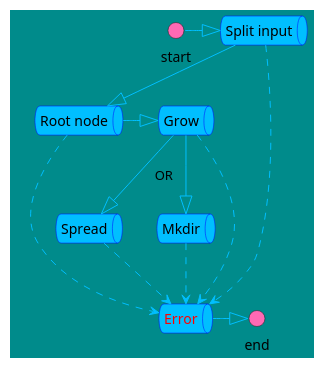
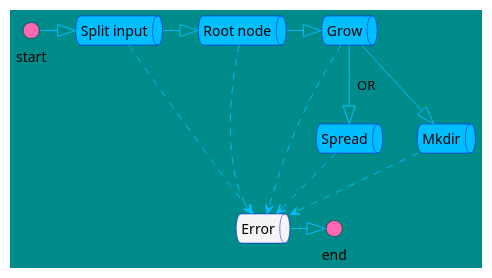
One commit to ddddddO/gtree changed the diagram in process.pu. Above: the diagram before and after it, drawn with PlantUML. The commit also changed 1 other file, not shown here.

```diff
--- a/process.pu
+++ b/process.pu
@@ -1,35 +1,33 @@
 @startuml
-
 skinparam {
   backgroundColor DarkCyan
 
   InterfaceBackgroundColor HotPink
   ArrowColor DeepSkyBlue
   QueueBorderColor blue
   QueueBackgroundColor DeepSkyBlue
 }
 
 interface start
 queue "Split input" as split
 queue "Root node" as root
 queue Grow as growing
 queue Spread as spreading 
 queue Mkdir as mkdiring
-queue Error as err #text:red
+queue Error as err #whitesmoke
 interface end
 
 start -|> split
-split --|> root
+split -|> root
 root -|> growing
 growing --|> spreading: "  OR"
 growing --|> mkdiring
 
 split ..> err
 root ..> err
 growing ..> err
 spreading ..> err
 mkdiring ..> err
 
 err -|> end
-
 @enduml
```
